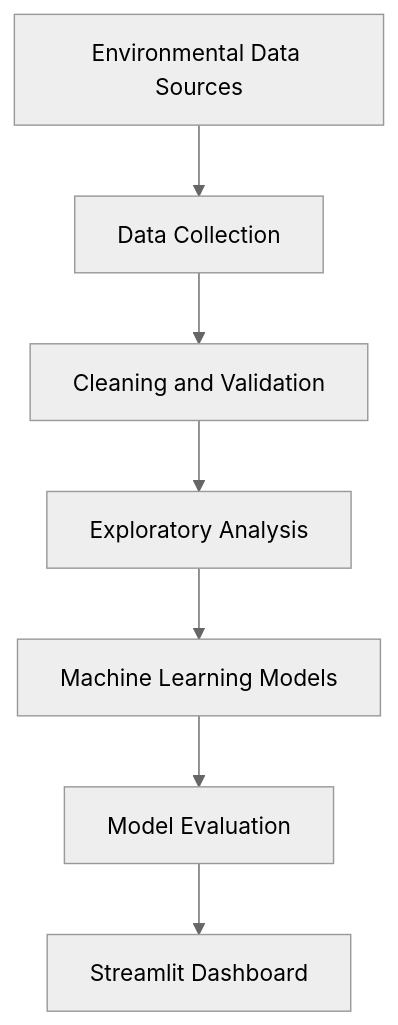
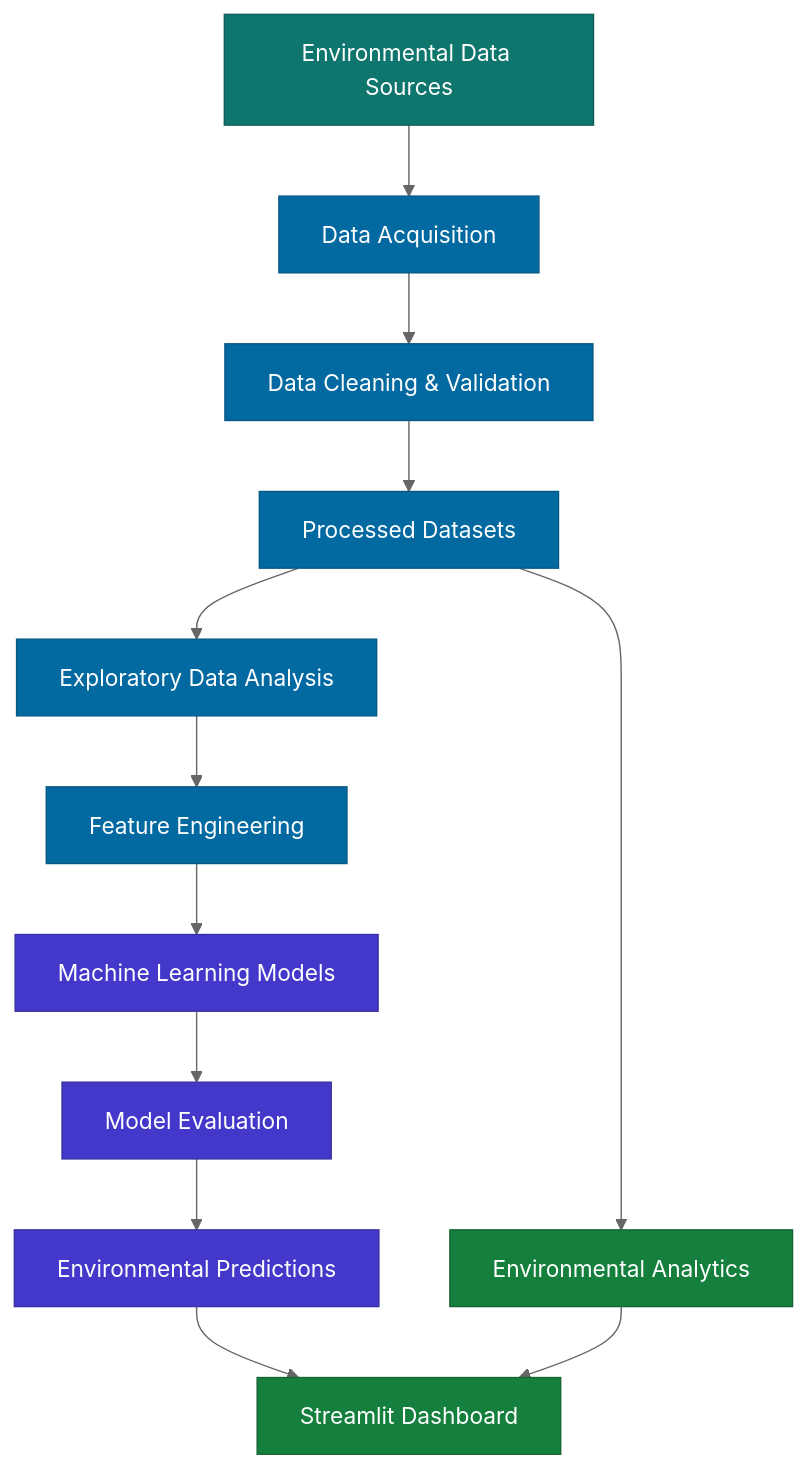
Before and after one commit to Tig-Khach/SevanEco-AI: the diagram in README.md, drawn with Mermaid (neutral theme). The commit also changed other lines of this file, not shown here.

````diff
--- a/README.md
+++ b/README.md
@@ -60,9 +124,24 @@
 ```mermaid
 flowchart TD
-    A[Environmental Data Sources] --> B[Data Collection]
-    B --> C[Cleaning and Validation]
-    C --> D[Exploratory Analysis]
-    D --> E[Machine Learning Models]
-    E --> F[Model Evaluation]
-    F --> G[Streamlit Dashboard]
+    A["Environmental Data Sources"] --> B["Data Acquisition"]
+    B --> C["Data Cleaning & Validation"]
+    C --> D["Processed Datasets"]
+    D --> E["Exploratory Data Analysis"]
+    E --> F["Feature Engineering"]
+    F --> G["Machine Learning Models"]
+    G --> H["Model Evaluation"]
+    H --> I["Environmental Predictions"]
+    D --> J["Environmental Analytics"]
+    I --> K["Streamlit Dashboard"]
+    J --> K
+
+    classDef source fill:#0F766E,color:#fff,stroke:#115E59
+    classDef process fill:#0369A1,color:#fff,stroke:#075985
+    classDef model fill:#4338CA,color:#fff,stroke:#3730A3
+    classDef output fill:#15803D,color:#fff,stroke:#166534
+
+    class A source
+    class B,C,D,E,F process
+    class G,H,I model
+    class J,K output
 ```
````
